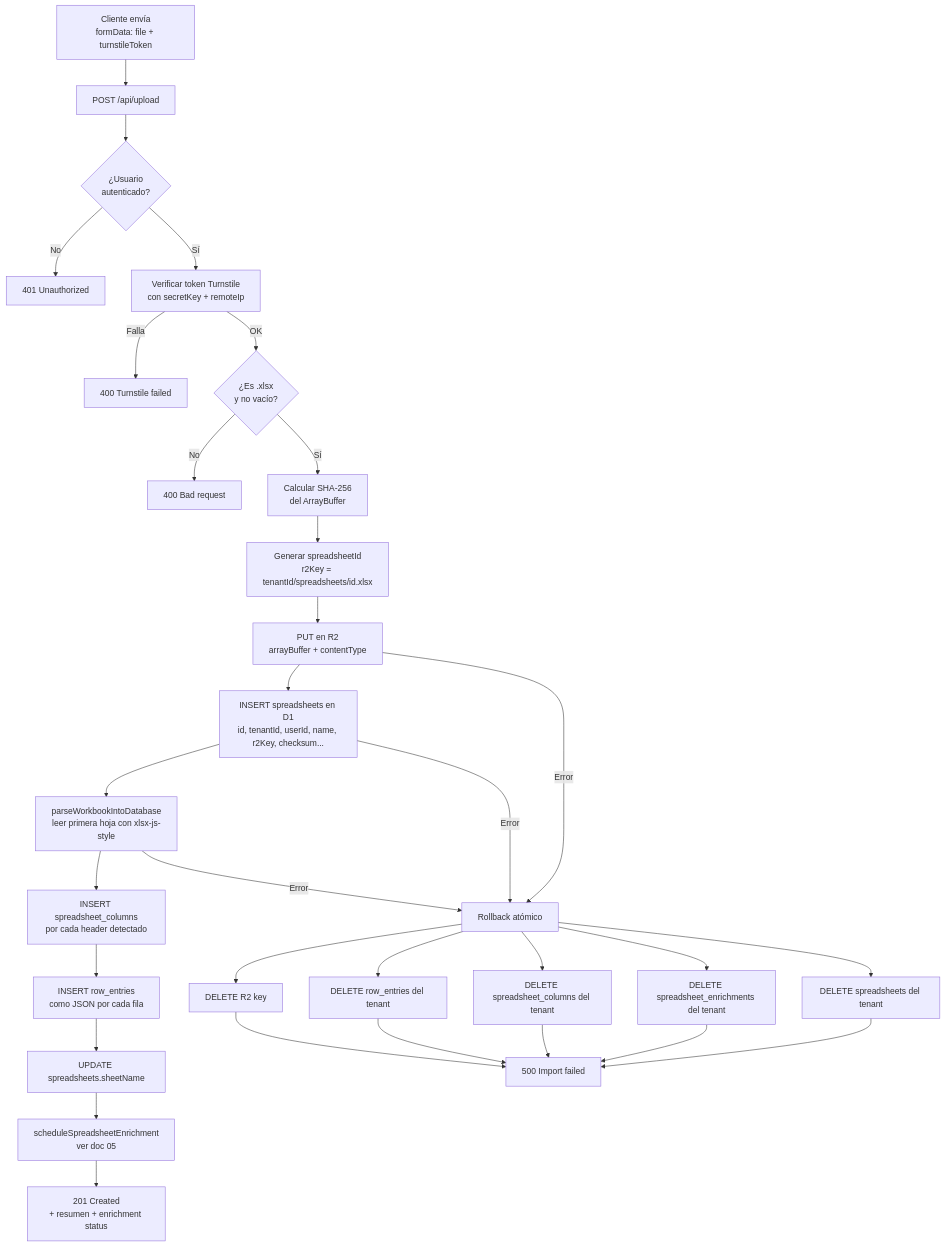
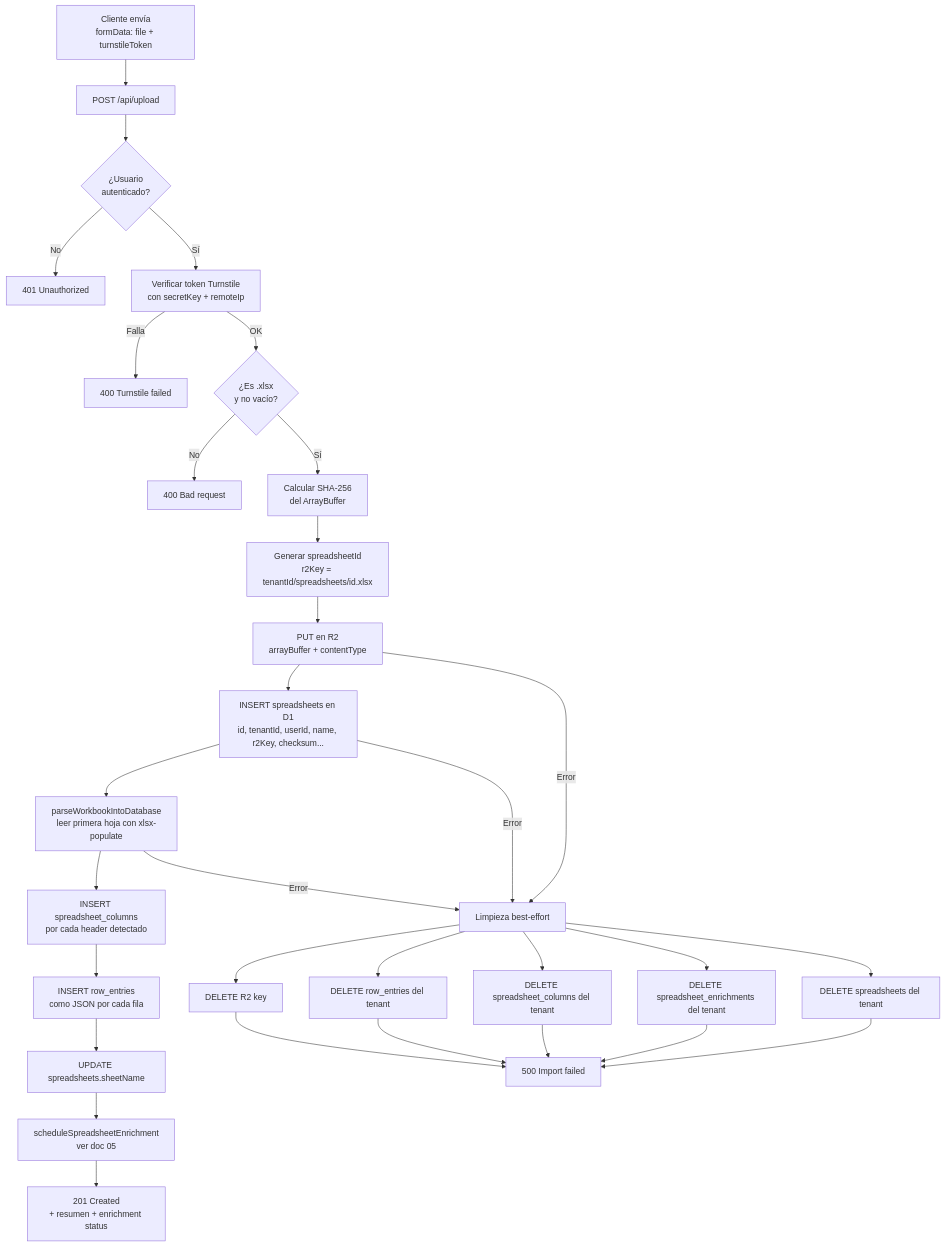
One commit to MathiasGonzalez/PlanillaInteligente changed the first of 2 diagrams in docs/architecture/04-upload-y-parseo.md. Above: the diagram before and after it, drawn with Mermaid. The commit also changed other lines of this file and 3 other files, not shown here.

````diff
--- a/docs/architecture/04-upload-y-parseo.md
+++ b/docs/architecture/04-upload-y-parseo.md
@@ -7,30 +7,30 @@
 ```mermaid
 flowchart TD
     A[Cliente envía\nformData: file + turnstileToken] --> B[POST /api/upload]
     B --> C{¿Usuario\nautenticado?}
     C -->|No| Z1[401 Unauthorized]
     C -->|Sí| D[Verificar token Turnstile\ncon secretKey + remoteIp]
     D -->|Falla| Z2[400 Turnstile failed]
     D -->|OK| E{¿Es .xlsx\ny no vacío?}
     E -->|No| Z3[400 Bad request]
     E -->|Sí| F[Calcular SHA-256\ndel ArrayBuffer]
     F --> G[Generar spreadsheetId\nr2Key = tenantId/spreadsheets/id.xlsx]
     G --> H[PUT en R2\narrayBuffer + contentType]
     H --> I[INSERT spreadsheets en D1\nid, tenantId, userId, name, r2Key, checksum...]
-    I --> J[parseWorkbookIntoDatabase\nleer primera hoja con xlsx-js-style]
+    I --> J[parseWorkbookIntoDatabase\nleer primera hoja con xlsx-populate]
     J --> K[INSERT spreadsheet_columns\npor cada header detectado]
     K --> L[INSERT row_entries\ncomo JSON por cada fila]
     L --> M[UPDATE spreadsheets.sheetName]
     M --> N[scheduleSpreadsheetEnrichment\nver doc 05]
     N --> O[201 Created\n+ resumen + enrichment status]
 
-    H -->|Error| ERR[Rollback atómico]
+    H -->|Error| ERR[Limpieza best-effort]
     I -->|Error| ERR
     J -->|Error| ERR
     ERR --> ER1[DELETE R2 key]
     ERR --> ER2[DELETE row_entries del tenant]
     ERR --> ER3[DELETE spreadsheet_columns del tenant]
     ERR --> ER4[DELETE spreadsheet_enrichments del tenant]
     ERR --> ER5[DELETE spreadsheets del tenant]
     ER1 & ER2 & ER3 & ER4 & ER5 --> Z4[500 Import failed]
 ```
````
